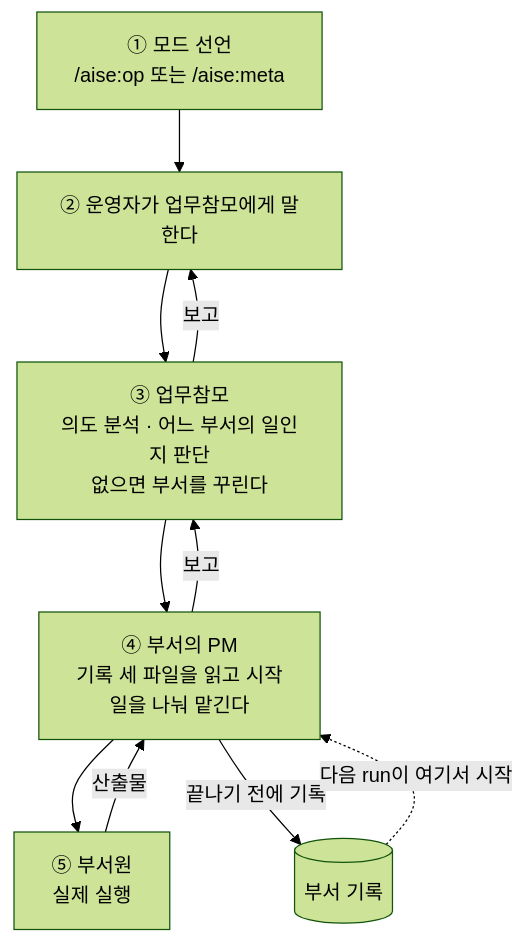
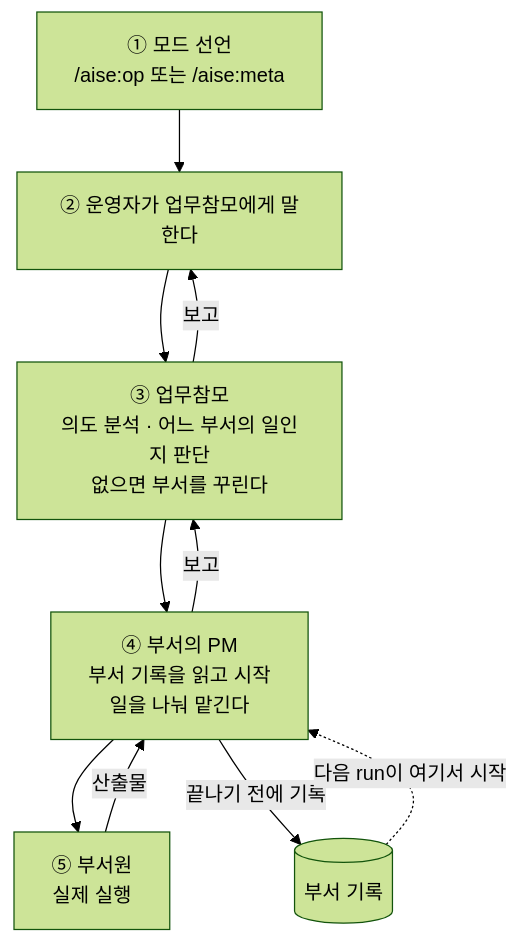
Before and after one commit to Alex2006-KOR/aise-org-site: the first of 5 diagrams in docs/story/operation.md, drawn with Mermaid (forest theme). The commit also changed other lines of this file and 20 other files, not shown here.

````diff
--- a/docs/story/operation.md
+++ b/docs/story/operation.md
@@ -17,15 +17,15 @@
 ```mermaid
 flowchart TB
   M["① 모드 선언<br/>/aise:op 또는 /aise:meta"]
   U["② 운영자가 업무참모에게 말한다"]
   O["③ 업무참모<br/>의도 분석 · 어느 부서의 일인지 판단<br/>없으면 부서를 꾸린다"]
-  P["④ 부서의 PM<br/>기록 세 파일을 읽고 시작<br/>일을 나눠 맡긴다"]
+  P["④ 부서의 PM<br/>부서 기록을 읽고 시작<br/>일을 나눠 맡긴다"]
   R["⑤ 부서원<br/>실제 실행"]
   REC[("부서 기록")]
   M --> U --> O --> P --> R
   R -->|"산출물"| P
   P -->|"끝나기 전에 기록"| REC
   REC -.->|"다음 run이 여기서 시작"| P
   P -->|"보고"| O
   O -->|"보고"| U
 ```
````
